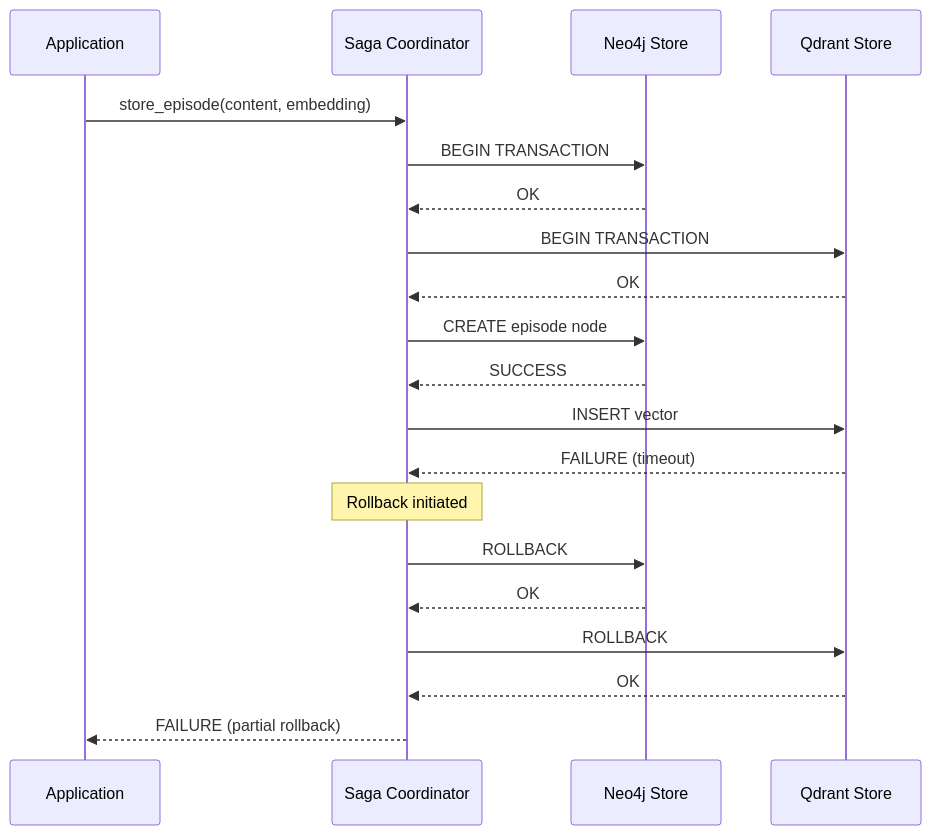
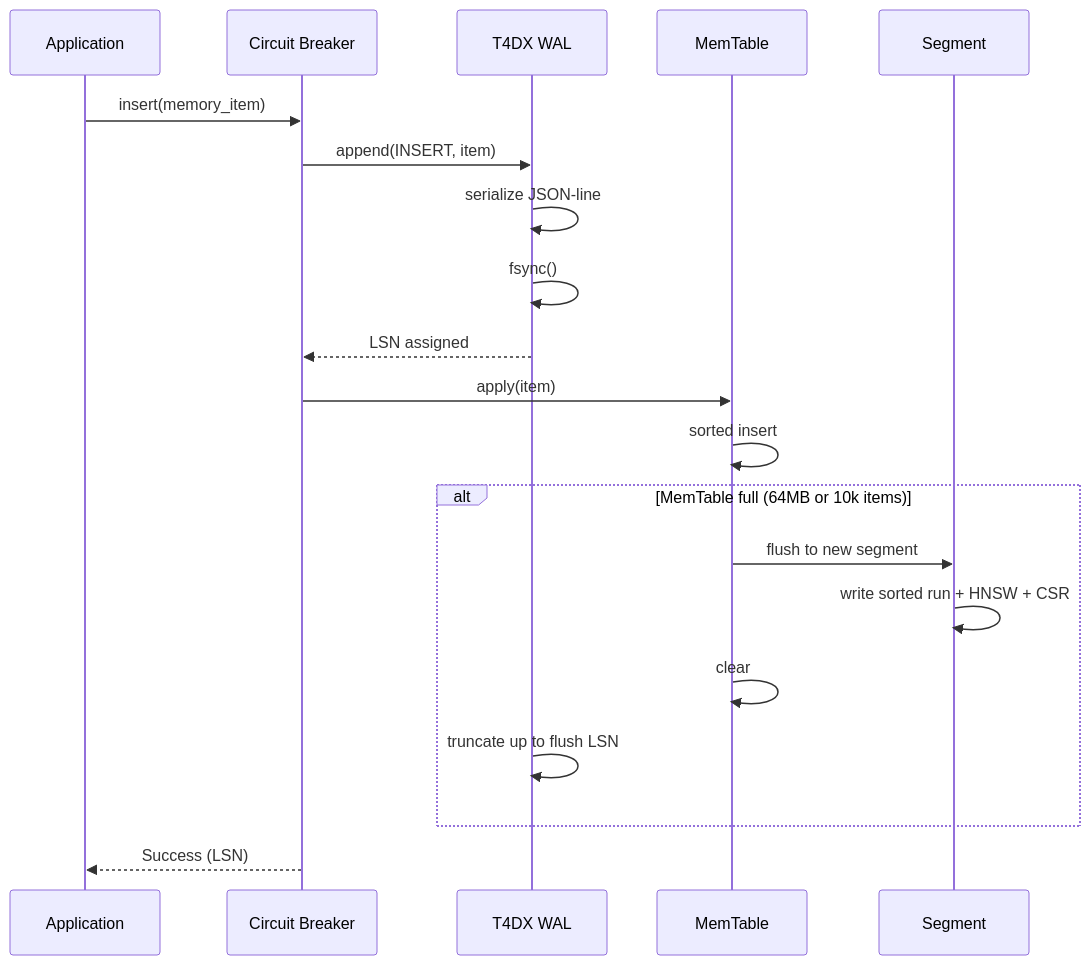
One commit to astoreyai/t4d changed the third of 5 diagrams in docs/diagrams/storage_resilience.md. Above: the diagram before and after it, drawn with Mermaid. The commit also changed other lines of this file and 31 other files, not shown here.

````diff
--- a/docs/diagrams/storage_resilience.md
+++ b/docs/diagrams/storage_resilience.md
@@ -171,27 +104,26 @@
 ```mermaid
 sequenceDiagram
     participant App as Application
-    participant Saga as Saga Coordinator
-    participant Neo4j as Neo4j Store
-    participant Qdrant as Qdrant Store
+    participant CB as Circuit Breaker
+    participant WAL as T4DX WAL
+    participant MT as MemTable
+    participant Seg as Segment
 
-    App->>Saga: store_episode(content, embedding)
+    App->>CB: insert(memory_item)
+    CB->>WAL: append(INSERT, item)
+    WAL->>WAL: serialize JSON-line
+    WAL->>WAL: fsync()
+    WAL-->>CB: LSN assigned
 
-    Saga->>Neo4j: BEGIN TRANSACTION
-    Neo4j-->>Saga: OK
-    Saga->>Qdrant: BEGIN TRANSACTION
-    Qdrant-->>Saga: OK
+    CB->>MT: apply(item)
+    MT->>MT: sorted insert
 
-    Saga->>Neo4j: CREATE episode node
-    Neo4j-->>Saga: SUCCESS
-    Saga->>Qdrant: INSERT vector
-    Qdrant-->>Saga: FAILURE (timeout)
+    alt MemTable full (64MB or 10k items)
+        MT->>Seg: flush to new segment
+        Seg->>Seg: write sorted run + HNSW + CSR
+        MT->>MT: clear
+        WAL->>WAL: truncate up to flush LSN
+    end
 
-    Note over Saga: Rollback initiated
-    Saga->>Neo4j: ROLLBACK
-    Neo4j-->>Saga: OK
-    Saga->>Qdrant: ROLLBACK
-    Qdrant-->>Saga: OK
-
-    Saga-->>App: FAILURE (partial rollback)
+    CB-->>App: Success (LSN)
 ```
````
